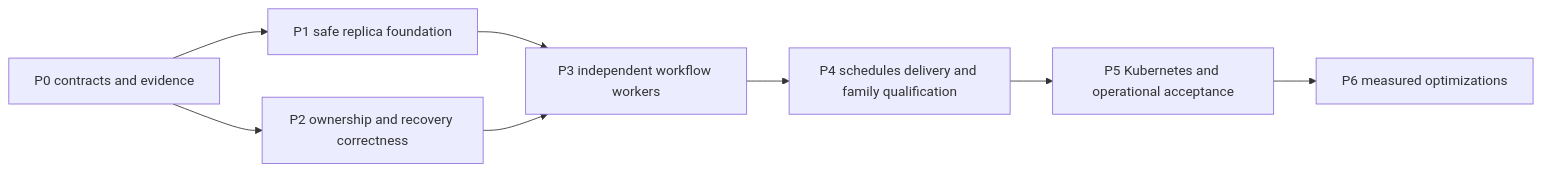
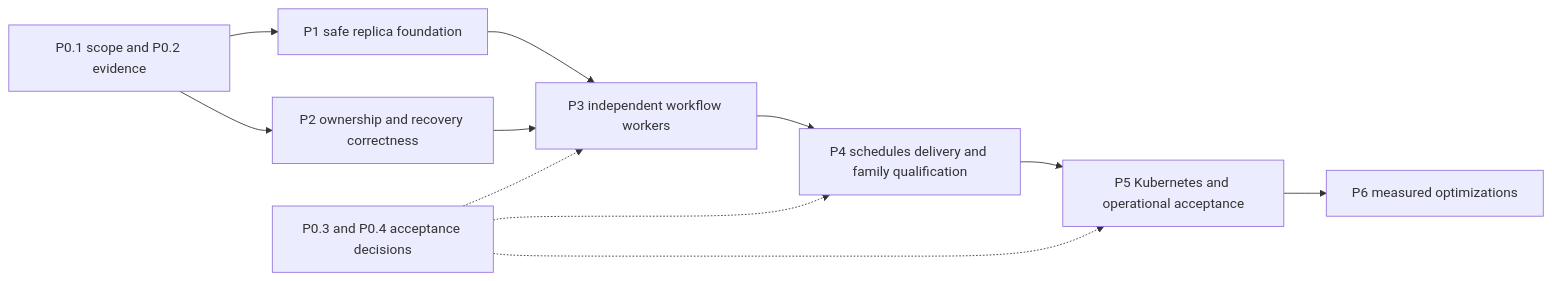
The diagram in docs/planning/scalability-plan.md (rrahimi-uci/caliber-suite), drawn with Mermaid before and after one commit. The commit also changed other lines of this file and 1 other file, not shown here.

Commit message:
docs: correct scalability recovery and rollout contracts after critique

````diff
--- a/docs/planning/scalability-plan.md
+++ b/docs/planning/scalability-plan.md
@@ -15,10 +17,13 @@
 ```mermaid
 flowchart LR
-    P0[P0 contracts and evidence] --> P1[P1 safe replica foundation]
+    P0[P0.1 scope and P0.2 evidence] --> P1[P1 safe replica foundation]
     P0 --> P2[P2 ownership and recovery correctness]
     P1 --> P3[P3 independent workflow workers]
     P2 --> P3
     P3 --> P4[P4 schedules delivery and family qualification]
     P4 --> P5[P5 Kubernetes and operational acceptance]
     P5 --> P6[P6 measured optimizations]
+    Decisions[P0.3 and P0.4 acceptance decisions] -.-> P3
+    Decisions -.-> P4
+    Decisions -.-> P5
 ```
````
